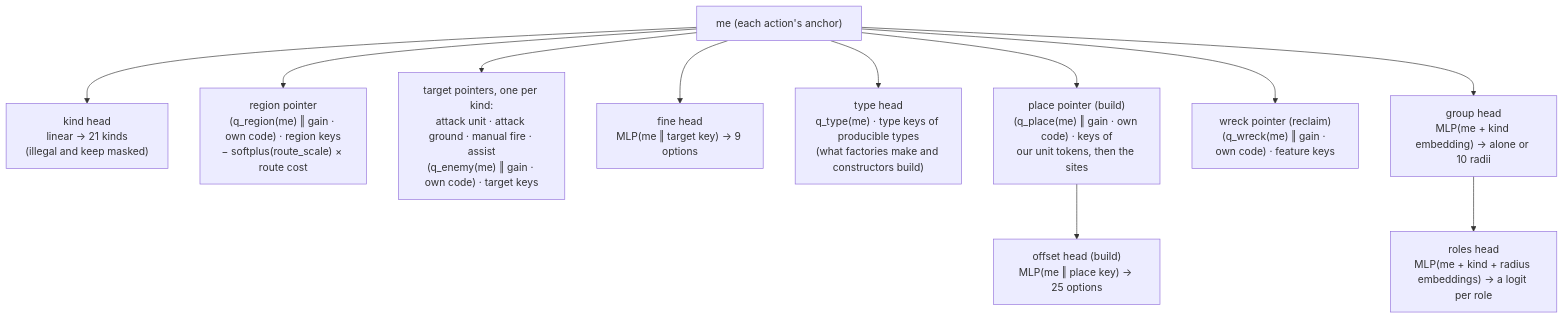
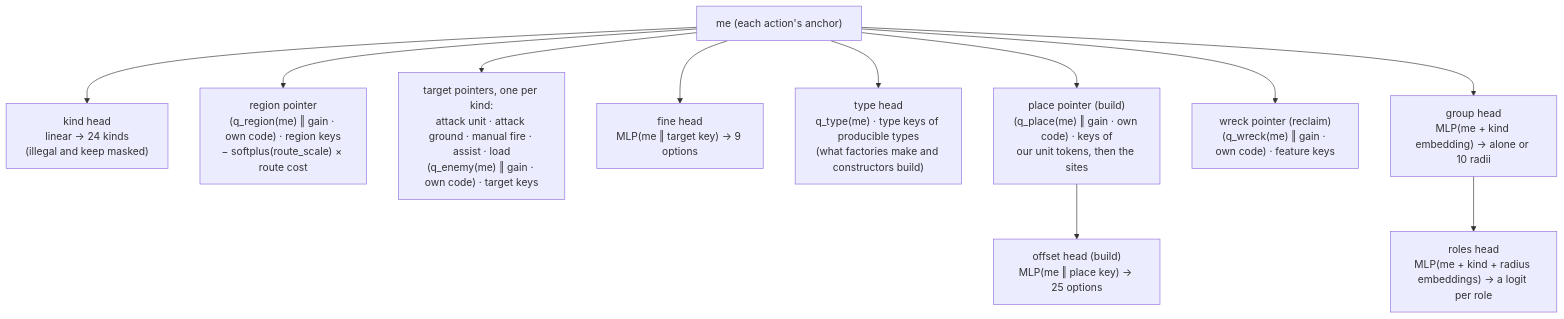
Before and after one commit to pts1667/zk-ArenaAI: the seventh of 11 diagrams in docs/model.md, drawn with Mermaid. The commit also changed other lines of this file and 55 other files, not shown here.

````diff
--- a/docs/model.md
+++ b/docs/model.md
@@ -279,25 +279,25 @@
 ```mermaid
 flowchart TB
     ME["me (each action's anchor)"]
-    K["kind head<br/>linear → 21 kinds<br/>(illegal and keep masked)"]
+    K["kind head<br/>linear → 24 kinds<br/>(illegal and keep masked)"]
     RG["region pointer<br/>(q_region(me) ‖ gain · own code) · region keys<br/>− softplus(route_scale) × route cost"]
-    EN["target pointers, one per kind:<br/>attack unit · attack ground · manual fire · assist<br/>(q_enemy(me) ‖ gain · own code) · target keys"]
+    EN["target pointers, one per kind:<br/>attack unit · attack ground · manual fire · assist · load<br/>(q_enemy(me) ‖ gain · own code) · target keys"]
     FI["fine head<br/>MLP(me ‖ target key) → 9 options"]
     PR["type head<br/>q_type(me) · type keys of producible types<br/>(what factories make and constructors build)"]
     PL["place pointer (build)<br/>(q_place(me) ‖ gain · own code) · keys of<br/>our unit tokens, then the sites"]
     OF["offset head (build)<br/>MLP(me ‖ place key) → 25 options"]
     WR["wreck pointer (reclaim)<br/>(q_wreck(me) ‖ gain · own code) · feature keys"]
     GR["group head<br/>MLP(me + kind embedding) → alone or 10 radii"]
     RO["roles head<br/>MLP(me + kind + radius embeddings) → a logit per role"]
 
     ME --> K
     ME --> RG
     ME --> EN
     ME --> FI
     ME --> PR
     ME --> PL
     PL --> OF
     ME --> WR
     ME --> GR
     GR --> RO
 ```
````
